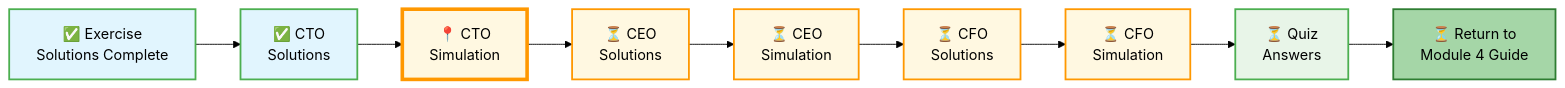
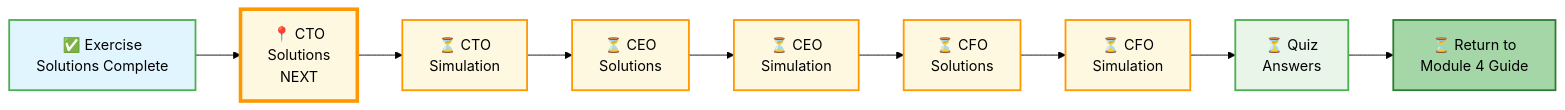
One commit to uniqueumamaheswari-universe/SQLVerse changed the second of 2 diagrams in Level-1-beginner/Module4-JoiningTables/4-exerciseAndQuizSolutions/6-capstone-solutions/README.md. Above: the diagram before and after it, drawn with Mermaid (forest theme). The commit also changed other lines of this file and 3 other files, not shown here.

````diff
--- a/Level-1-beginner/Module4-JoiningTables/4-exerciseAndQuizSolutions/6-capstone-solutions/README.md
+++ b/Level-1-beginner/Module4-JoiningTables/4-exerciseAndQuizSolutions/6-capstone-solutions/README.md
@@ -83,21 +83,21 @@
 ```mermaid
 flowchart LR
-    A["✅ Exercise<br/>Solutions Complete"] --> B["✅ CTO<br/>Solutions"]
-    B --> C["📍 CTO<br/>Simulation"]
+    A["✅ Exercise<br/>Solutions Complete"] --> B["📍 CTO<br/>Solutions<br/>NEXT"]
+    B --> C["⏳ CTO<br/>Simulation"]
     C --> D["⏳ CEO<br/>Solutions"]
     D --> E["⏳ CEO<br/>Simulation"]
     E --> F["⏳ CFO<br/>Solutions"]
     F --> G["⏳ CFO<br/>Simulation"]
     G --> H["⏳ Quiz<br/>Answers"]
     H --> I["⏳ Return to<br/>Module 4 Guide"]
     
     style A fill:#e1f5fe,stroke:#4caf50,stroke-width:2px
-    style B fill:#e1f5fe,stroke:#4caf50,stroke-width:2px
-    style C fill:#fff8e1,stroke:#ff9800,stroke-width:4px
+    style B fill:#fff8e1,stroke:#ff9800,stroke-width:4px
+    style C fill:#fff8e1,stroke:#ff9800,stroke-width:2px
     style D fill:#fff8e1,stroke:#ff9800,stroke-width:2px
     style E fill:#fff8e1,stroke:#ff9800,stroke-width:2px
     style F fill:#fff8e1,stroke:#ff9800,stroke-width:2px
     style G fill:#fff8e1,stroke:#ff9800,stroke-width:2px
     style H fill:#e8f5e8,stroke:#4caf50,stroke-width:2px
     style I fill:#a5d6a7,stroke:#2e7d32,stroke-width:2px
 ```
````
